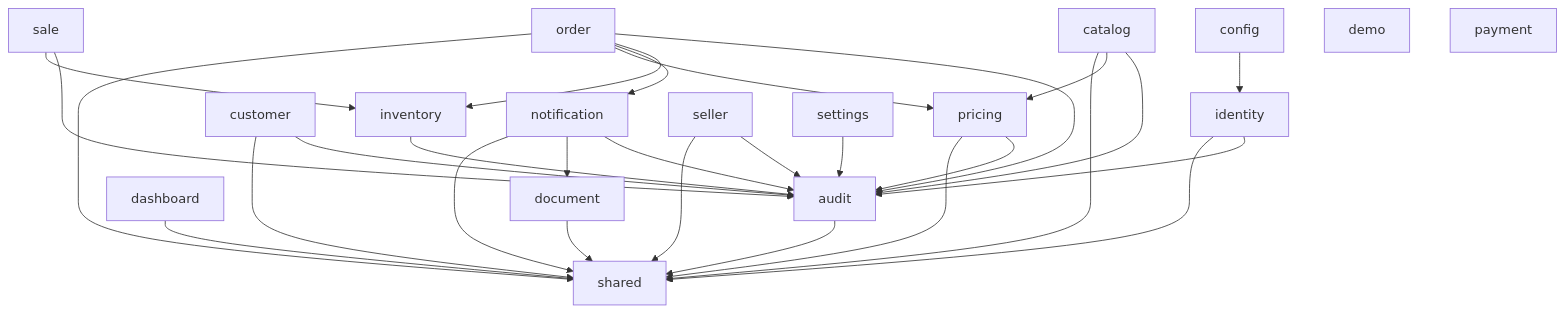
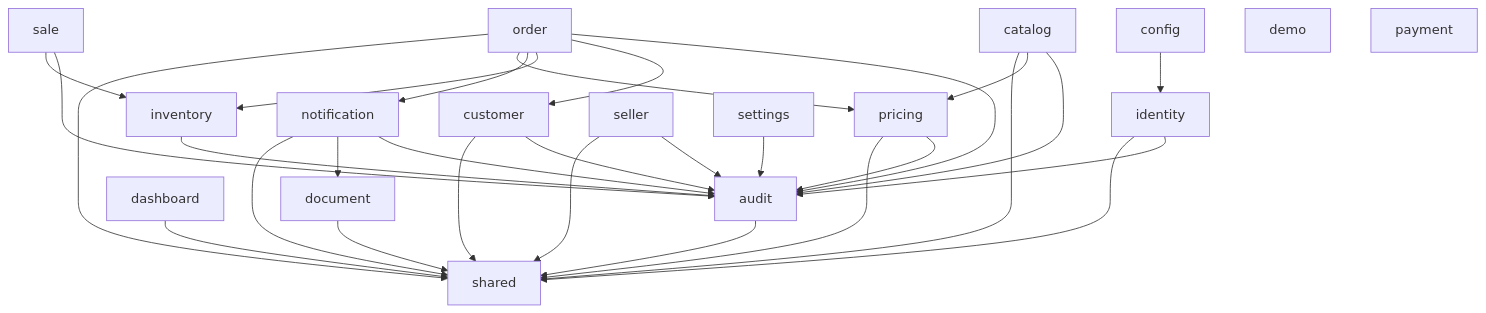
One commit to Martinrc93/distribuidoraCore changed the diagram in docs/architecture/module-boundaries.md. Above: the diagram before and after it, drawn with Mermaid. The commit also changed 13 other files, not shown here.

````diff
--- a/docs/architecture/module-boundaries.md
+++ b/docs/architecture/module-boundaries.md
@@ -31,32 +31,33 @@
 ```mermaid
 flowchart TD
     config --> identity
     identity --> audit
     identity --> shared
     catalog --> audit
     catalog --> pricing
     catalog --> shared
     customer --> audit
     customer --> shared
     dashboard --> shared
     document --> shared
     inventory --> audit
     notification --> audit
     notification --> document
     notification --> shared
     order --> audit
+    order --> customer
     order --> inventory
     order --> notification
     order --> pricing
     order --> shared
     pricing --> audit
     pricing --> shared
     sale --> audit
     sale --> inventory
     seller --> audit
     seller --> shared
     settings --> audit
     audit --> shared
     demo
     payment
 ```
````
